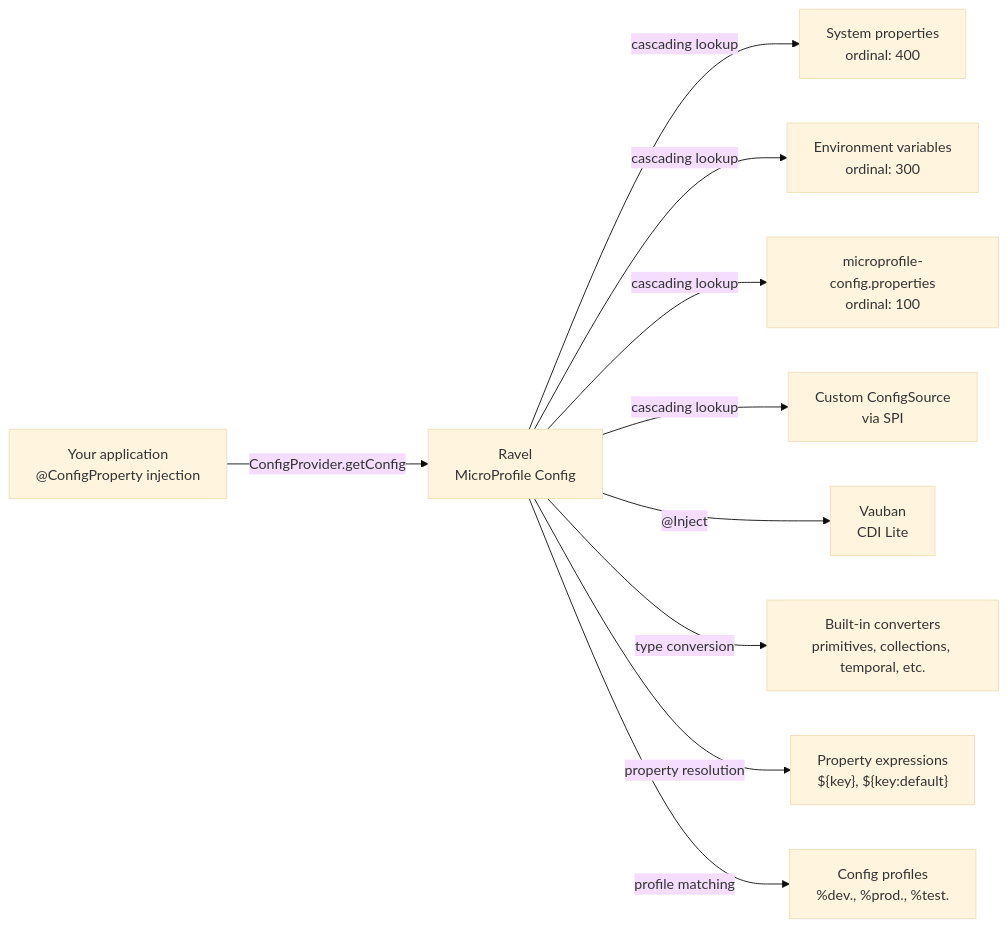
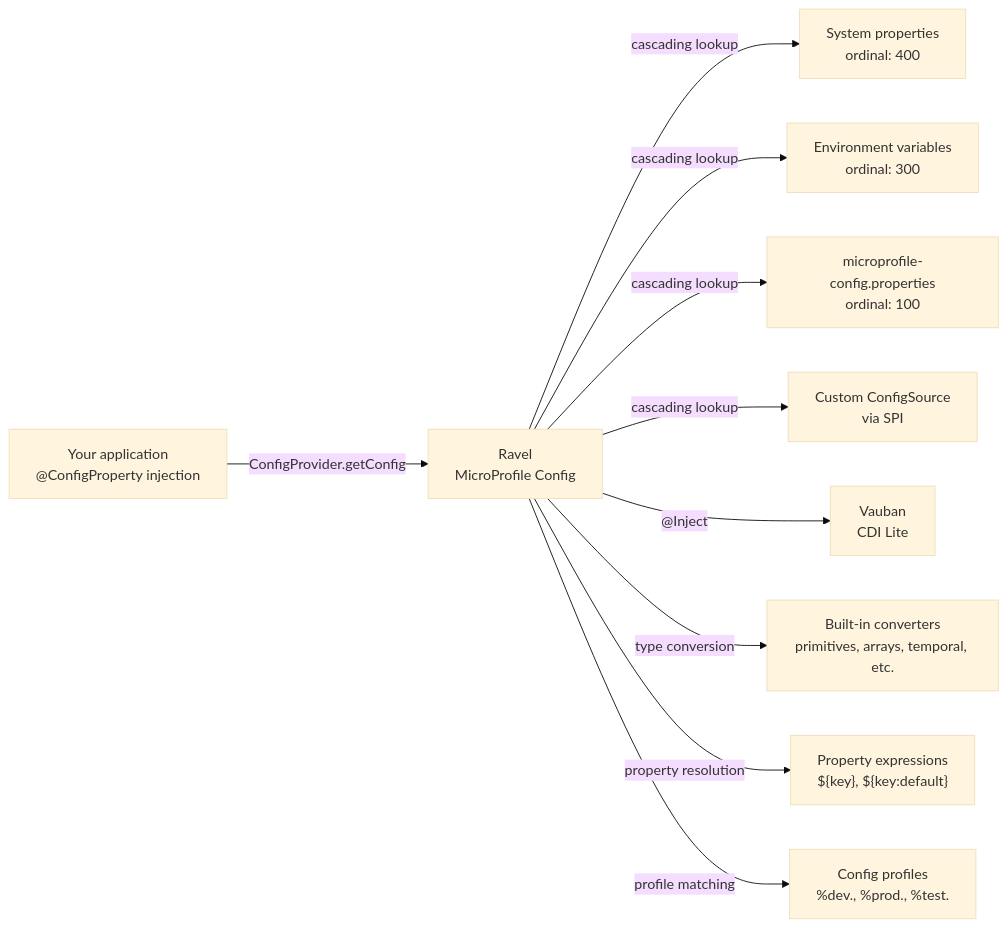
The diagram in docs/en/modules/ROOT/pages/index.adoc (vidocq-stack/ravel), drawn with Mermaid (base theme) before and after one commit. The commit also changed other lines of this file and 11 other files, not shown here.

```diff
--- a/docs/en/modules/ROOT/pages/index.adoc
+++ b/docs/en/modules/ROOT/pages/index.adoc
@@ -46,16 +46,16 @@
 [mermaid,subs=-attributes]
 ....
 flowchart LR
   App["Your application<br/>@ConfigProperty injection"]
   App -->|ConfigProvider.getConfig| Ravel["Ravel<br/>MicroProfile Config"]
   Ravel -->|cascading lookup| SysProp["System properties<br/>ordinal: 400"]
   Ravel -->|cascading lookup| EnvVar["Environment variables<br/>ordinal: 300"]
   Ravel -->|cascading lookup| Props["microprofile-config.properties<br/>ordinal: 100"]
   Ravel -->|cascading lookup| Custom["Custom ConfigSource<br/>via SPI"]
 
   Ravel -->|"@Inject"| Vauban["Vauban<br/>CDI Lite"]
 
-  Ravel -->|type conversion| Converters["Built-in converters<br/>primitives, collections, temporal, etc."]
+  Ravel -->|type conversion| Converters["Built-in converters<br/>primitives, arrays, temporal, etc."]
   Ravel -->|property resolution| Expressions["Property expressions<br/>${key}, ${key:default}"]
   Ravel -->|profile matching| Profiles["Config profiles<br/>%dev., %prod., %test."]
 ....
```
